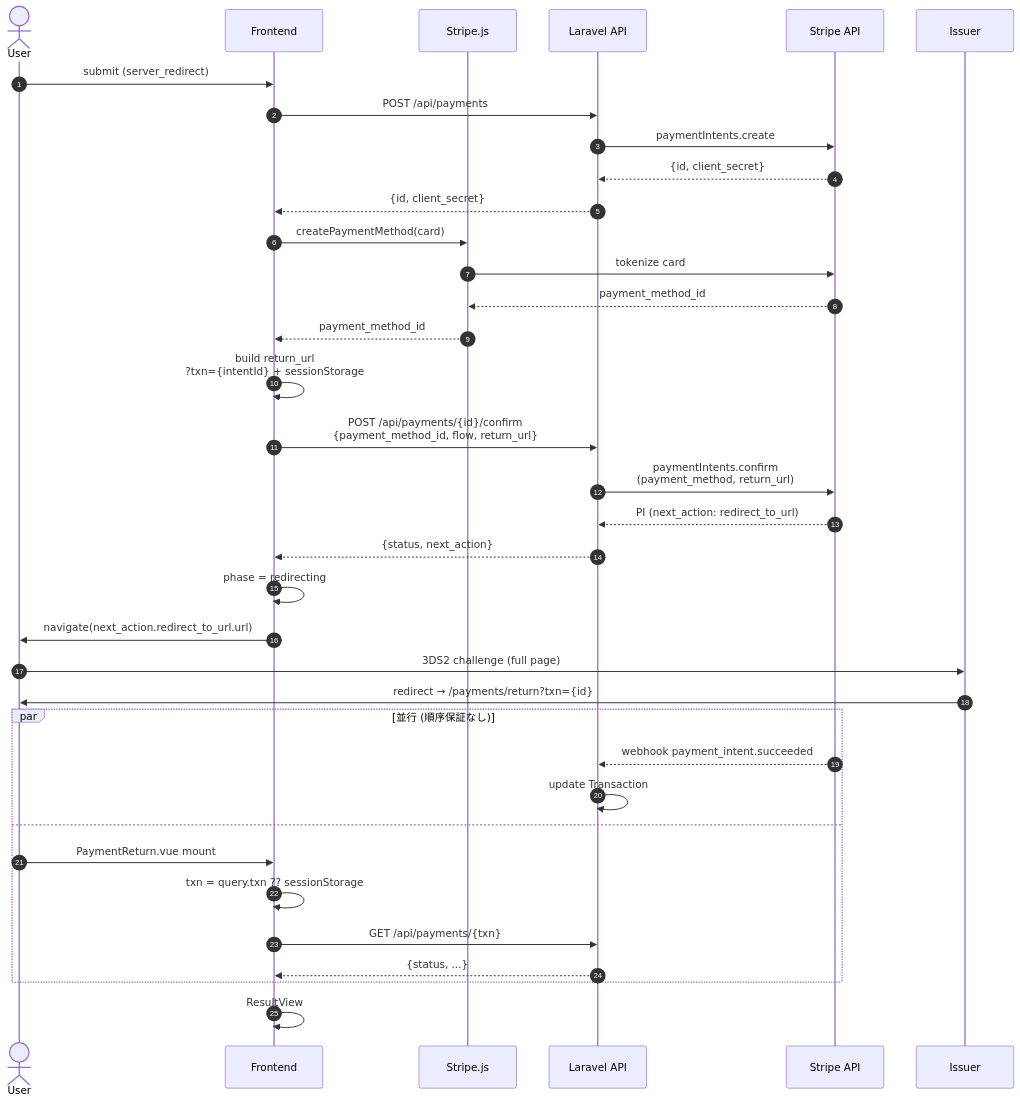
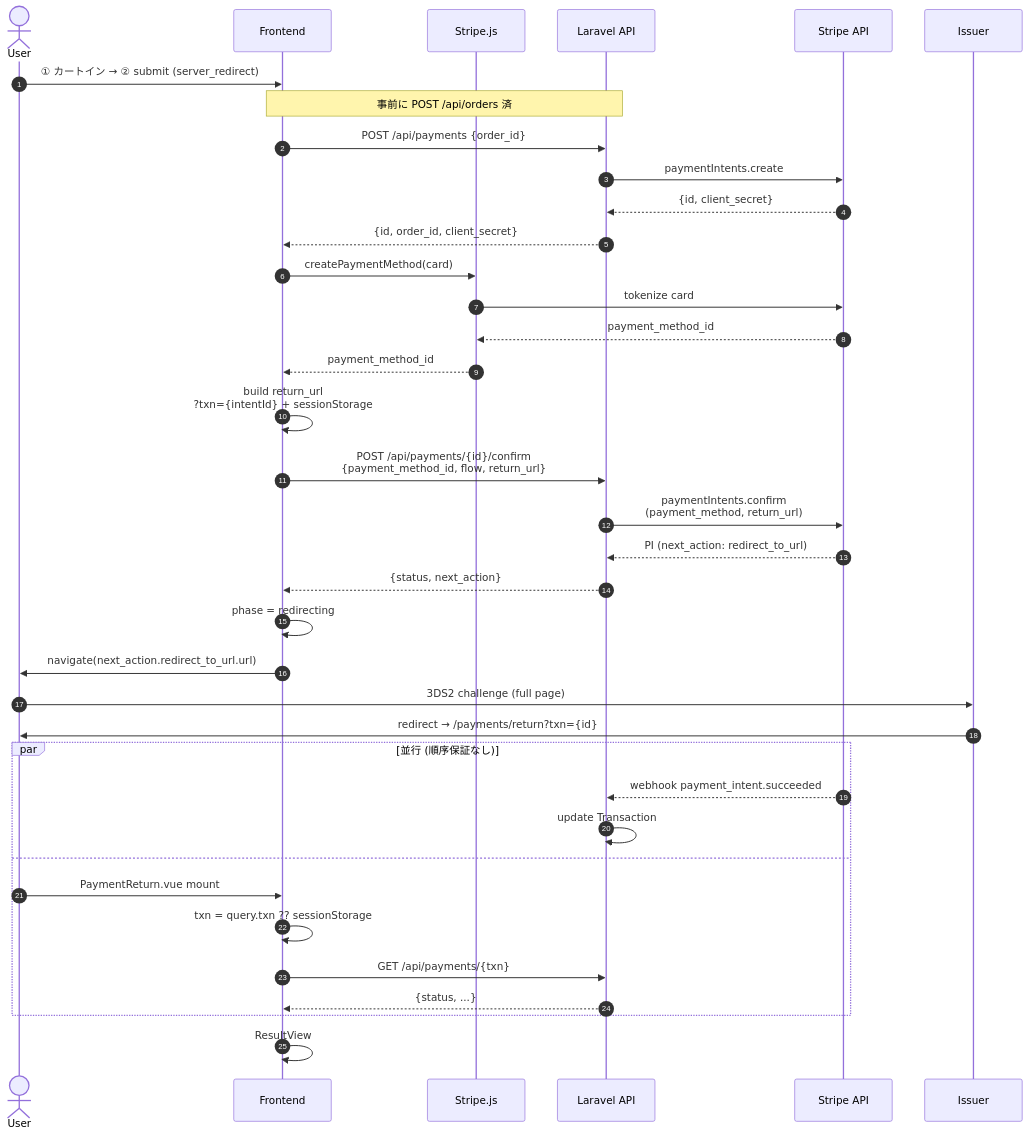
The third of 4 diagrams in docs/payment-flow.md (izdev0000/3ds2-demo), drawn with Mermaid before and after one commit. The commit also changed other lines of this file and 9 other files, not shown here.

````diff
--- a/docs/payment-flow.md
+++ b/docs/payment-flow.md
@@ -79,44 +91,45 @@
 ```mermaid
 sequenceDiagram
     autonumber
     actor User
     participant FE as Frontend
     participant SJS as Stripe.js
     participant BE as Laravel API
     participant SA as Stripe API
     participant Iss as Issuer
 
-    User->>FE: submit (server_redirect)
-    FE->>BE: POST /api/payments
+    User->>FE: ① カートイン → ② submit (server_redirect)
+    Note over FE,BE: 事前に POST /api/orders 済
+    FE->>BE: POST /api/payments {order_id}
     BE->>SA: paymentIntents.create
     SA-->>BE: {id, client_secret}
-    BE-->>FE: {id, client_secret}
+    BE-->>FE: {id, order_id, client_secret}
 
     FE->>SJS: createPaymentMethod(card)
     SJS->>SA: tokenize card
     SA-->>SJS: payment_method_id
     SJS-->>FE: payment_method_id
 
     FE->>FE: build return_url<br/>?txn={intentId} + sessionStorage
     FE->>BE: POST /api/payments/{id}/confirm<br/>{payment_method_id, flow, return_url}
     BE->>SA: paymentIntents.confirm<br/>(payment_method, return_url)
     SA-->>BE: PI (next_action: redirect_to_url)
     BE-->>FE: {status, next_action}
 
     FE->>FE: phase = redirecting
     FE->>User: navigate(next_action.redirect_to_url.url)
     User->>Iss: 3DS2 challenge (full page)
     Iss->>User: redirect → /payments/return?txn={id}
 
     par 並行 (順序保証なし)
         SA-->>BE: webhook payment_intent.succeeded
         BE->>BE: update Transaction
     and
         User->>FE: PaymentReturn.vue mount
         FE->>FE: txn = query.txn ?? sessionStorage
         FE->>BE: GET /api/payments/{txn}
         BE-->>FE: {status, ...}
     end
 
     FE->>FE: ResultView
 ```
````
